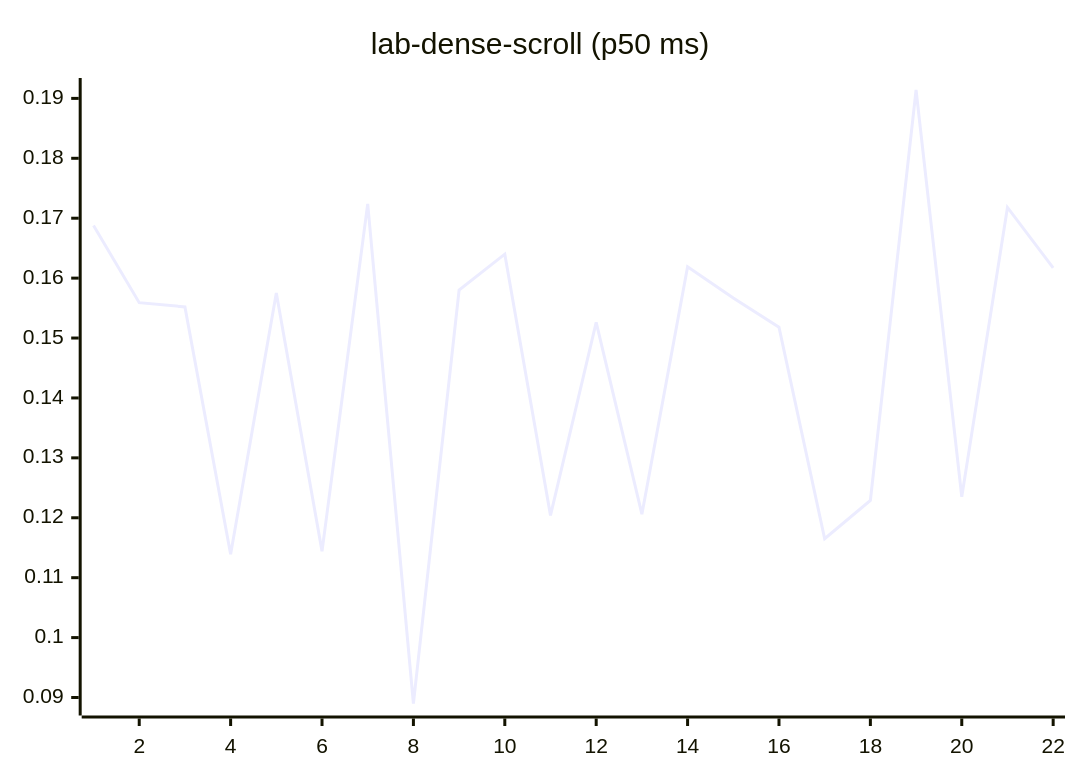
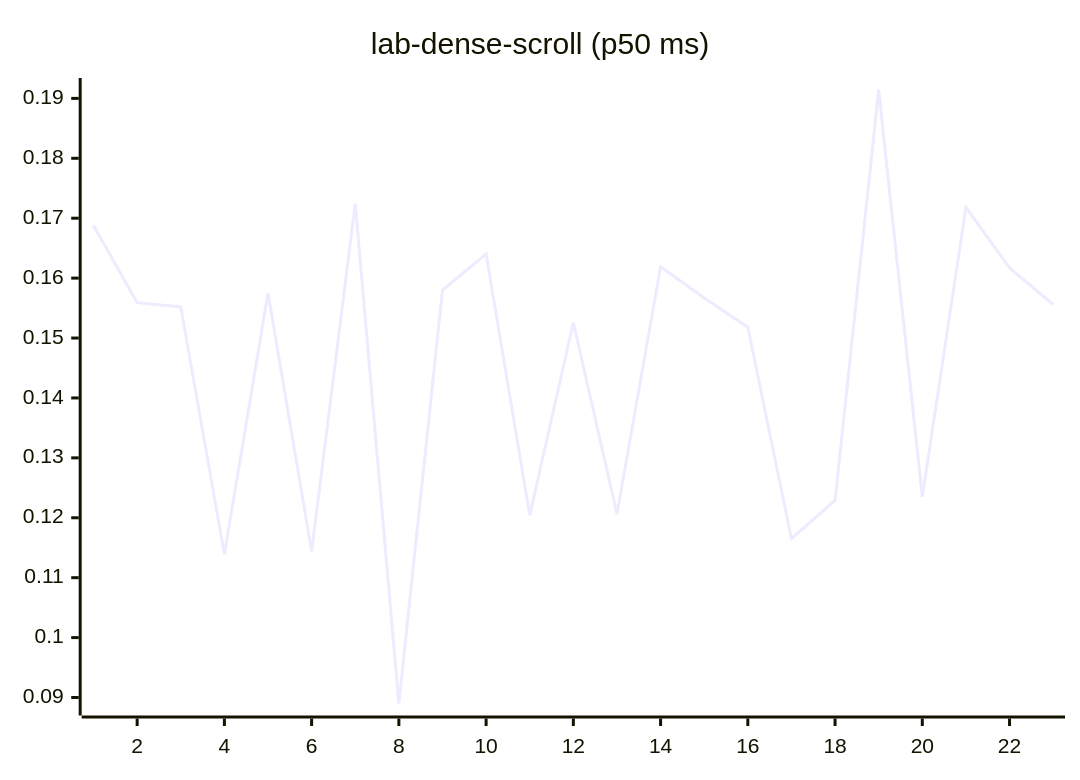
Diagram 12 of 27 in README.md (josha/Facet), drawn with Mermaid before and after one commit. The commit also changed other lines of this file and 2 other files, not shown here.

````diff
--- a/README.md
+++ b/README.md
@@ -140,6 +140,6 @@
 ```mermaid
 xychart-beta
     title "lab-dense-scroll (p50 ms)"
-    x-axis 1 --> 22
-    line [0.1688, 0.1559, 0.1552, 0.1139, 0.1575, 0.1144, 0.1724, 0.0890, 0.1580, 0.1640, 0.1204, 0.1526, 0.1206, 0.1619, 0.1567, 0.1518, 0.1165, 0.1229, 0.1914, 0.1235, 0.1718, 0.1617]
+    x-axis 1 --> 23
+    line [0.1688, 0.1559, 0.1552, 0.1139, 0.1575, 0.1144, 0.1724, 0.0890, 0.1580, 0.1640, 0.1204, 0.1526, 0.1206, 0.1619, 0.1567, 0.1518, 0.1165, 0.1229, 0.1914, 0.1235, 0.1718, 0.1617, 0.1556]
 ```
````
